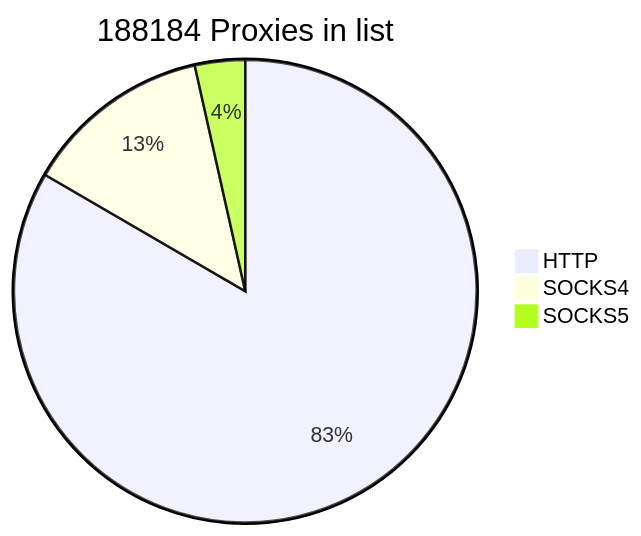
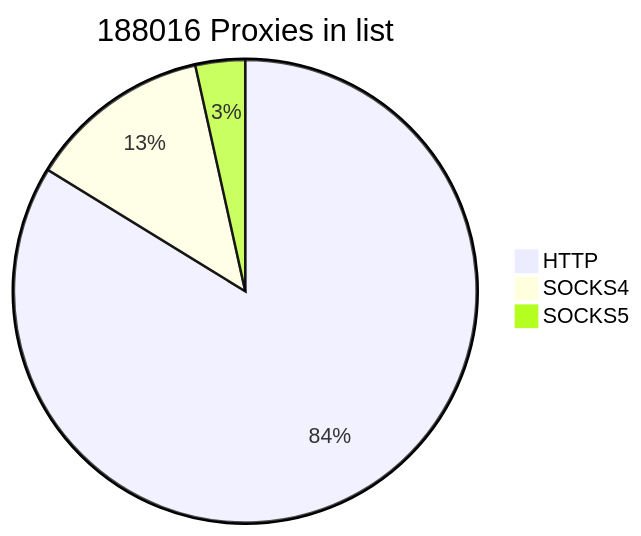
One commit to cutipu/proxylist changed the first of 2 diagrams in README.md. Above: the diagram before and after it, drawn with Mermaid. The commit also changed other lines of this file, not shown here.

````diff
--- a/README.md
+++ b/README.md
@@ -2,7 +2,7 @@
 ```mermaid
-pie title 188184 Proxies in list
-    "HTTP" : 156914
-    "SOCKS4" : 24671
-    "SOCKS5" : 6599
+pie title 188016 Proxies in list
+    "HTTP" : 157506
+    "SOCKS4" : 23993
+    "SOCKS5" : 6517
             
 ```
````
